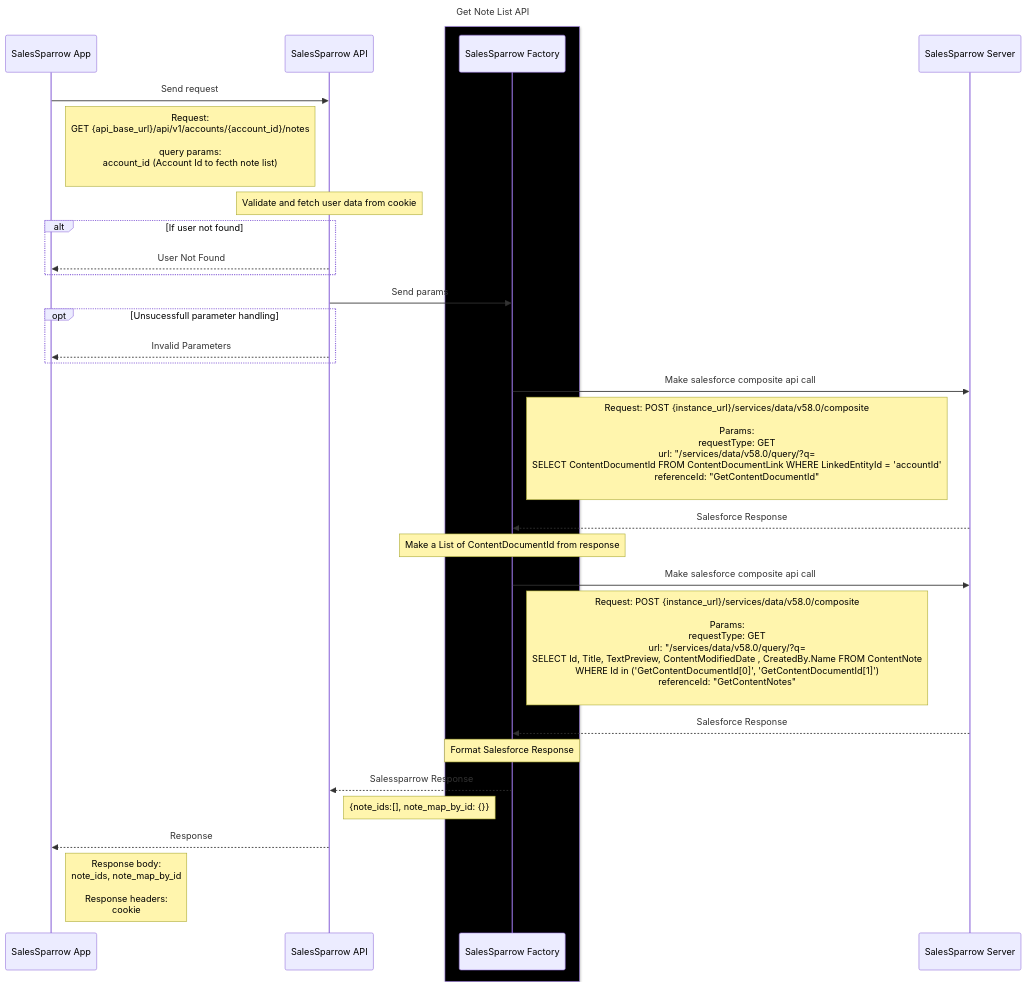
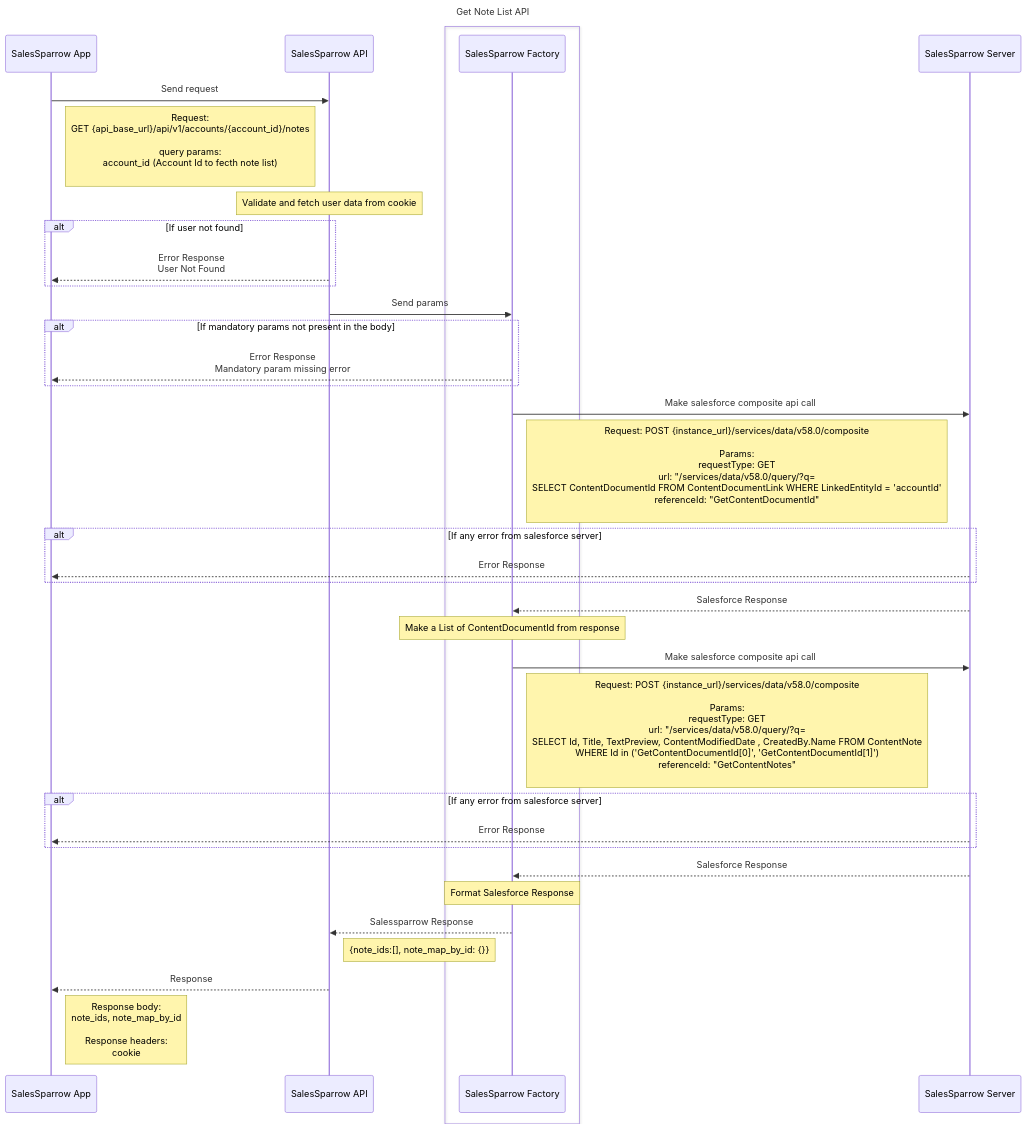
Before and after one commit to TrueSparrowSystems/AI-SalesSparrow-Docs: the diagram in sequenceDiagrams/GetNotesList.mermaid, drawn with Mermaid. The commit also changed 2 other files, not shown here.

Commit message:
Update sequence diagrams.

```diff
--- a/sequenceDiagrams/GetNotesList.mermaid
+++ b/sequenceDiagrams/GetNotesList.mermaid
@@ -1,41 +1,49 @@
 sequenceDiagram
   title Get Note List API
     participant ui as SalesSparrow App
     participant api as SalesSparrow API
 
-    box Black 
+    box 
     participant factory as SalesSparrow Factory 
     end
     participant server as SalesSparrow Server
 
     ui->>api:  Send request 
     note right of ui: Request: <br>GET {api_base_url}/api/v1/accounts/{account_id}/notes<br><br>query params: <br>account_id (Account Id to fecth note list) <br>
 
     note over api: Validate and fetch user data from cookie
     alt If user not found
-        api-->>ui: User Not Found
+        api-->>ui: Error Response<br>User Not Found
     end
 
     api->>factory: Send params
 
-    opt Unsucessfull parameter handling
-        api-->>ui: Invalid Parameters
+    alt If mandatory params not present in the body
+        factory-->>ui: Error Response<br>Mandatory param missing error
     end
 
     factory->>server: Make salesforce composite api call
     note right of factory: Request: POST {instance_url}/services/data/v58.0/composite <br><br>Params: <br> requestType: GET<br> url: "/services/data/v58.0/query/?q=<br>SELECT ContentDocumentId FROM ContentDocumentLink WHERE LinkedEntityId = 'accountId'<br>referenceId: "GetContentDocumentId"<br>
+    
+    alt If any error from salesforce server
+        server-->>ui: Error Response 
+    end
 
     server-->>factory: Salesforce Response
     note over factory:  Make a List of ContentDocumentId from response
 
     factory->>server: Make salesforce composite api call
     note right of factory: Request: POST {instance_url}/services/data/v58.0/composite <br><br>Params: <br> requestType: GET<br> url: "/services/data/v58.0/query/?q=<br>SELECT Id, Title, TextPreview, ContentModifiedDate , CreatedBy.Name FROM ContentNote <br>WHERE Id in ('GetContentDocumentId[0]', 'GetContentDocumentId[1]')<br>referenceId: "GetContentNotes"<br>
 
+    alt If any error from salesforce server
+        server-->>ui: Error Response 
+    end
+    
     server-->>factory: Salesforce Response
     note over factory:  Format Salesforce Response
 
     factory-->>api: Salessparrow Response
     note right of api: {note_ids:[], note_map_by_id: {}}
 
     api-->>ui: Response
     note right of ui: Response body: <br>note_ids, note_map_by_id<br><br>Response headers:<br> cookie 
```
